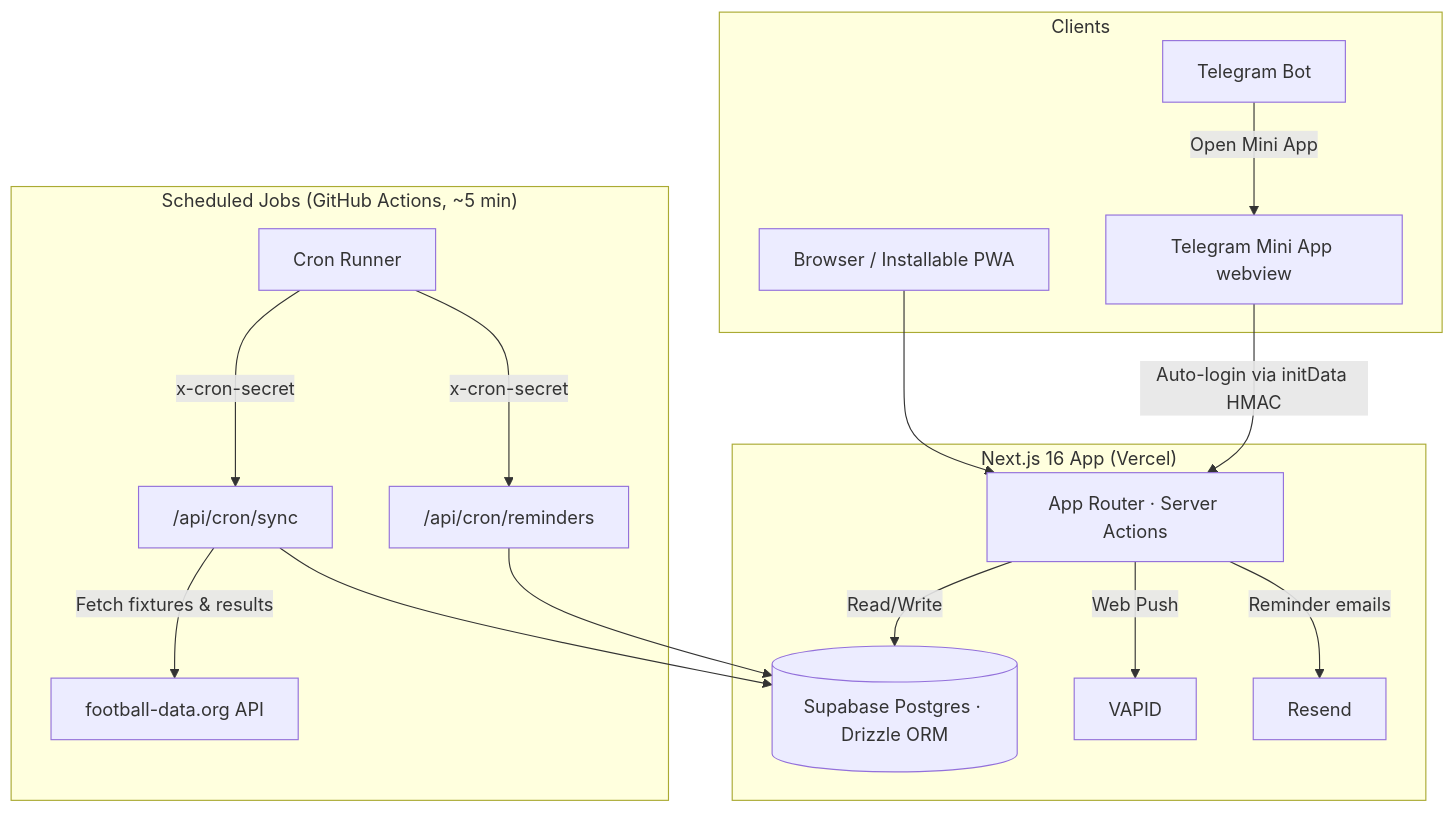
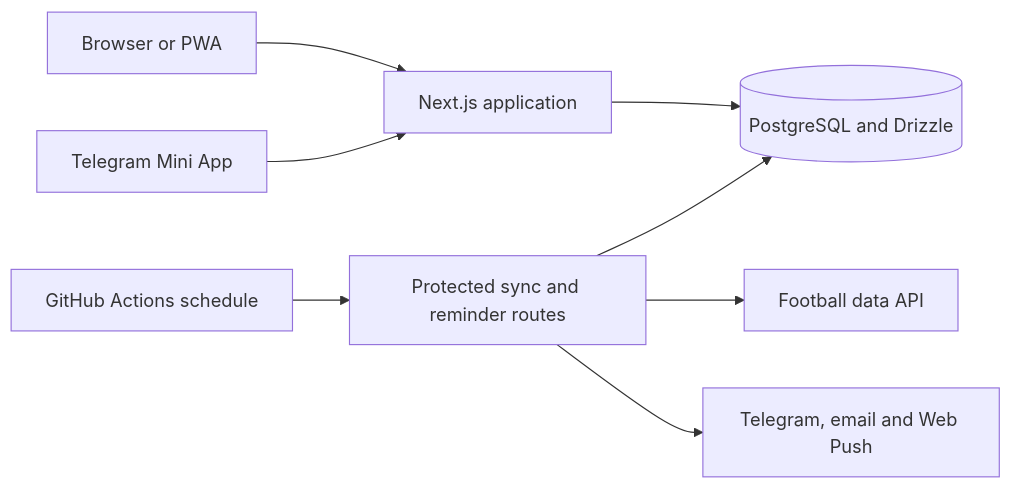
Before and after one commit to sobhanashine/1ybet: the diagram in README.md, drawn with Mermaid. The commit also changed other lines of this file and 1 other file, not shown here.

````diff
--- a/README.md
+++ b/README.md
@@ -43,23 +22,10 @@
 ```mermaid
-graph TD
-    subgraph "Clients"
-        WEB[Browser / Installable PWA]
-        TG[Telegram Bot] -->|Open Mini App| TMA[Telegram Mini App webview]
-    end
-
-    subgraph "Next.js 16 App (Vercel)"
-        WEB --> APP[App Router · Server Actions]
-        TMA -->|Auto-login via initData HMAC| APP
-        APP -->|Read/Write| DB[(Supabase Postgres · Drizzle ORM)]
-        APP -->|Web Push| PUSH[VAPID]
-        APP -->|Reminder emails| MAIL[Resend]
-    end
-
-    subgraph "Scheduled Jobs (GitHub Actions, ~5 min)"
-        CRON[Cron Runner] -->|x-cron-secret| SYNC["/api/cron/sync"]
-        CRON -->|x-cron-secret| REM["/api/cron/reminders"]
-        SYNC -->|Fetch fixtures & results| FD[football-data.org API]
-        SYNC --> DB
-        REM --> DB
-    end
+flowchart LR
+    W[Browser or PWA] --> A[Next.js application]
+    T[Telegram Mini App] --> A
+    A --> D[(PostgreSQL and Drizzle)]
+    C[GitHub Actions schedule] --> S[Protected sync and reminder routes]
+    S --> F[Football data API]
+    S --> D
+    S --> N[Telegram, email and Web Push]
 ```
````
